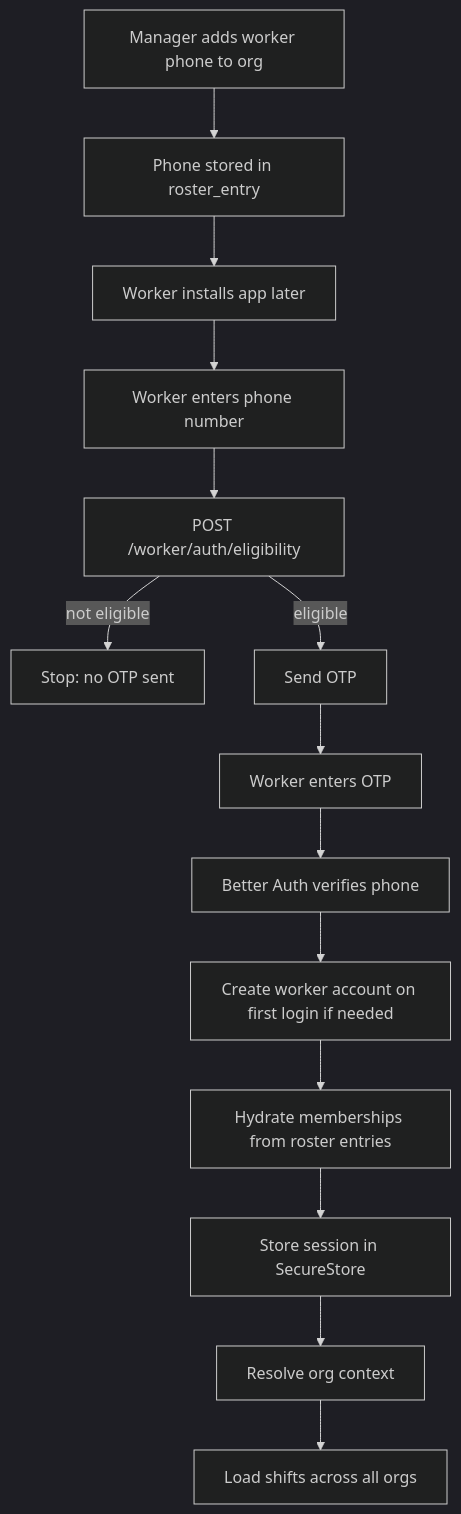
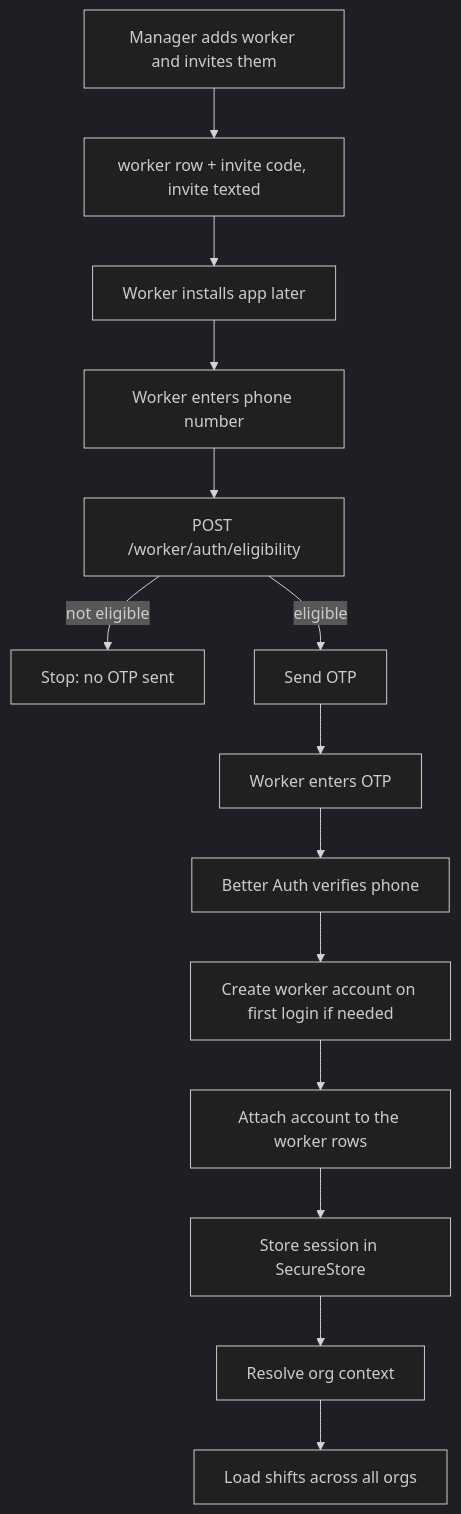
The third of 3 diagrams in packages/auth/README.md (PavanAkurathi/pavn), drawn with Mermaid (dark theme) before and after one commit. The commit also changed other lines of this file and 150 other files, not shown here.

````diff
--- a/packages/auth/README.md
+++ b/packages/auth/README.md
@@ -221,16 +218,16 @@
 ```mermaid
 flowchart TD
-    A["Manager adds worker phone to org"] --> B["Phone stored in roster_entry"]
+    A["Manager adds worker and invites them"] --> B["worker row + invite code, invite texted"]
     B --> C["Worker installs app later"]
     C --> D["Worker enters phone number"]
     D --> E["POST /worker/auth/eligibility"]
     E -->|not eligible| F["Stop: no OTP sent"]
     E -->|eligible| G["Send OTP"]
     G --> H["Worker enters OTP"]
     H --> I["Better Auth verifies phone"]
     I --> J["Create worker account on first login if needed"]
-    J --> K["Hydrate memberships from roster entries"]
+    J --> K["Attach account to the worker rows"]
     K --> L["Store session in SecureStore"]
     L --> M["Resolve org context"]
     M --> N["Load shifts across all orgs"]
 ```
````
